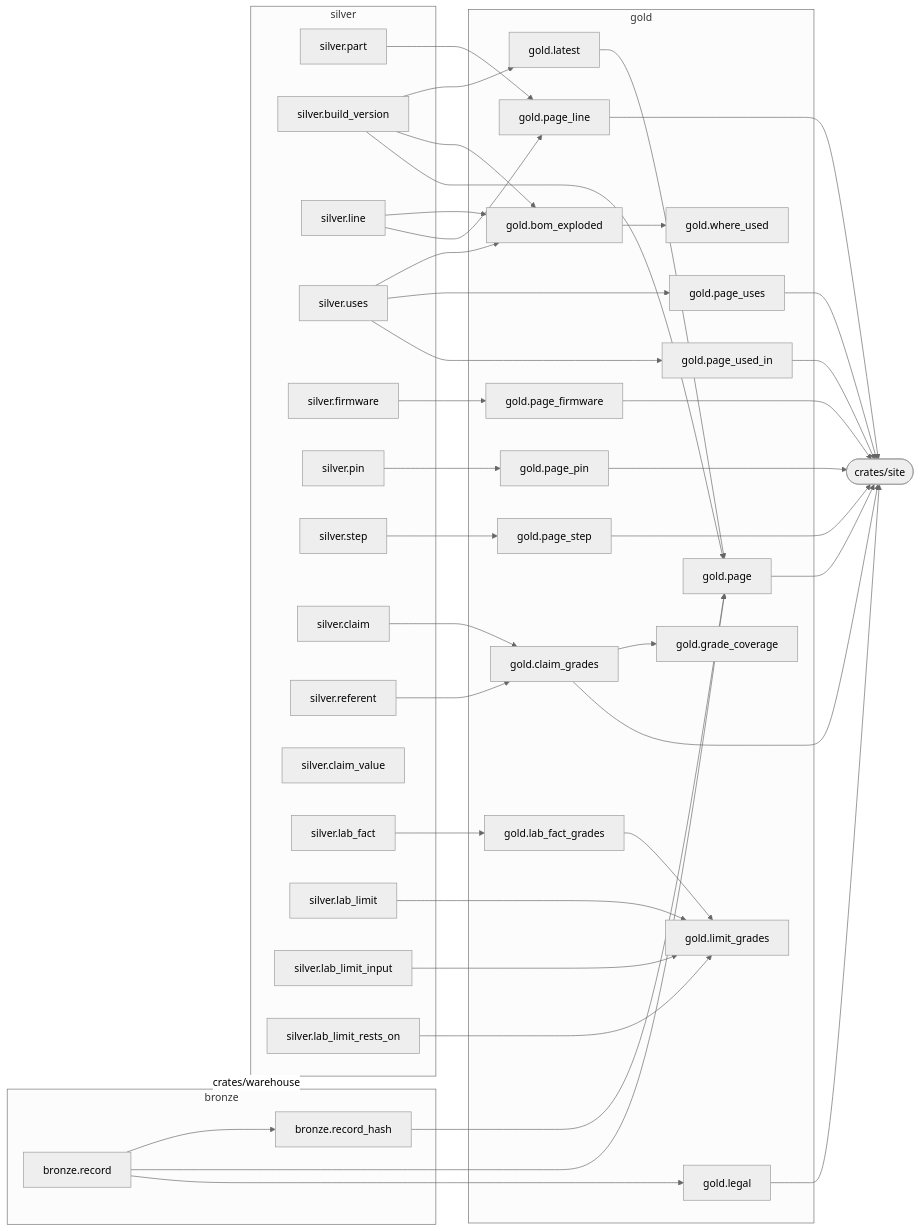
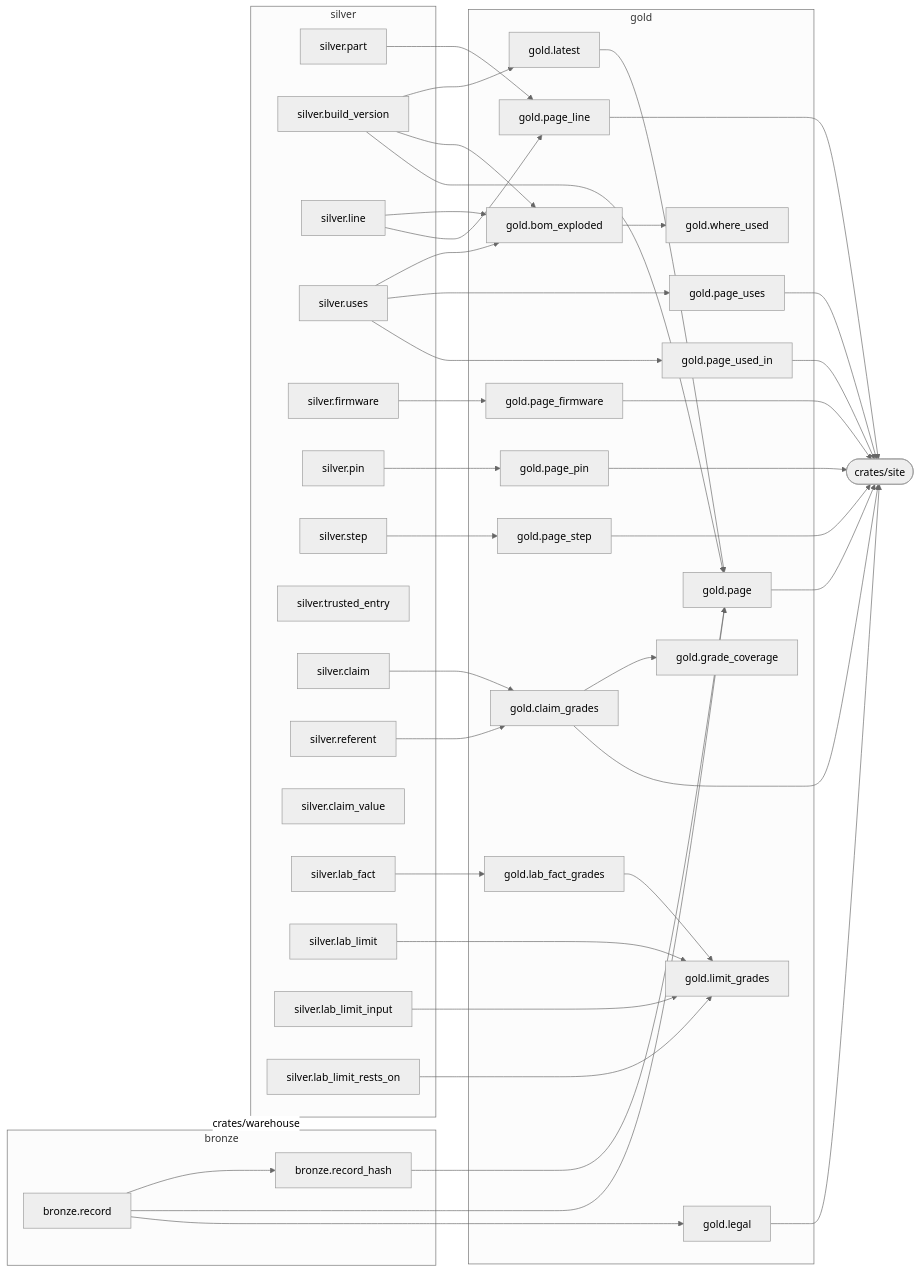
One commit to via-balaena/tentzhen changed the diagram in docs/data-catalogue.md. Above: the diagram before and after it, drawn with Mermaid (neutral theme). The commit also changed other lines of this file and 11 other files, not shown here.

````diff
--- a/docs/data-catalogue.md
+++ b/docs/data-catalogue.md
@@ -13,77 +13,78 @@
 ```mermaid
 flowchart LR
   subgraph bronze
     bronze_record["bronze.record"]
     bronze_record_hash["bronze.record_hash"]
   end
   subgraph silver
     silver_part["silver.part"]
     silver_build_version["silver.build_version"]
     silver_line["silver.line"]
     silver_uses["silver.uses"]
     silver_firmware["silver.firmware"]
     silver_pin["silver.pin"]
     silver_step["silver.step"]
+    silver_trusted_entry["silver.trusted_entry"]
     silver_claim["silver.claim"]
     silver_referent["silver.referent"]
     silver_claim_value["silver.claim_value"]
     silver_lab_fact["silver.lab_fact"]
     silver_lab_limit["silver.lab_limit"]
     silver_lab_limit_input["silver.lab_limit_input"]
     silver_lab_limit_rests_on["silver.lab_limit_rests_on"]
   end
   subgraph gold
     gold_latest["gold.latest"]
     gold_claim_grades["gold.claim_grades"]
     gold_grade_coverage["gold.grade_coverage"]
     gold_bom_exploded["gold.bom_exploded"]
     gold_where_used["gold.where_used"]
     gold_lab_fact_grades["gold.lab_fact_grades"]
     gold_limit_grades["gold.limit_grades"]
     gold_page["gold.page"]
     gold_page_line["gold.page_line"]
     gold_page_uses["gold.page_uses"]
     gold_page_used_in["gold.page_used_in"]
     gold_page_firmware["gold.page_firmware"]
     gold_page_pin["gold.page_pin"]
     gold_page_step["gold.page_step"]
     gold_legal["gold.legal"]
   end
   bronze -. crates/warehouse .-> silver
   bronze_record --> bronze_record_hash
   silver_build_version --> gold_latest
   silver_claim --> gold_claim_grades
   silver_referent --> gold_claim_grades
   gold_claim_grades --> gold_grade_coverage
   silver_build_version --> gold_bom_exploded
   silver_line --> gold_bom_exploded
   silver_uses --> gold_bom_exploded
   gold_bom_exploded --> gold_where_used
   silver_lab_fact --> gold_lab_fact_grades
   gold_lab_fact_grades --> gold_limit_grades
   silver_lab_limit --> gold_limit_grades
   silver_lab_limit_input --> gold_limit_grades
   silver_lab_limit_rests_on --> gold_limit_grades
   bronze_record --> gold_page
   bronze_record_hash --> gold_page
   gold_latest --> gold_page
   silver_build_version --> gold_page
   silver_line --> gold_page_line
   silver_part --> gold_page_line
   silver_uses --> gold_page_uses
   silver_uses --> gold_page_used_in
   silver_firmware --> gold_page_firmware
   silver_pin --> gold_page_pin
   silver_step --> gold_page_step
   bronze_record --> gold_legal
   crates_site(["crates/site"])
   gold_claim_grades --> crates_site
   gold_page --> crates_site
   gold_page_line --> crates_site
   gold_page_uses --> crates_site
   gold_page_used_in --> crates_site
   gold_page_firmware --> crates_site
   gold_page_pin --> crates_site
   gold_page_step --> crates_site
   gold_legal --> crates_site
 ```
````
